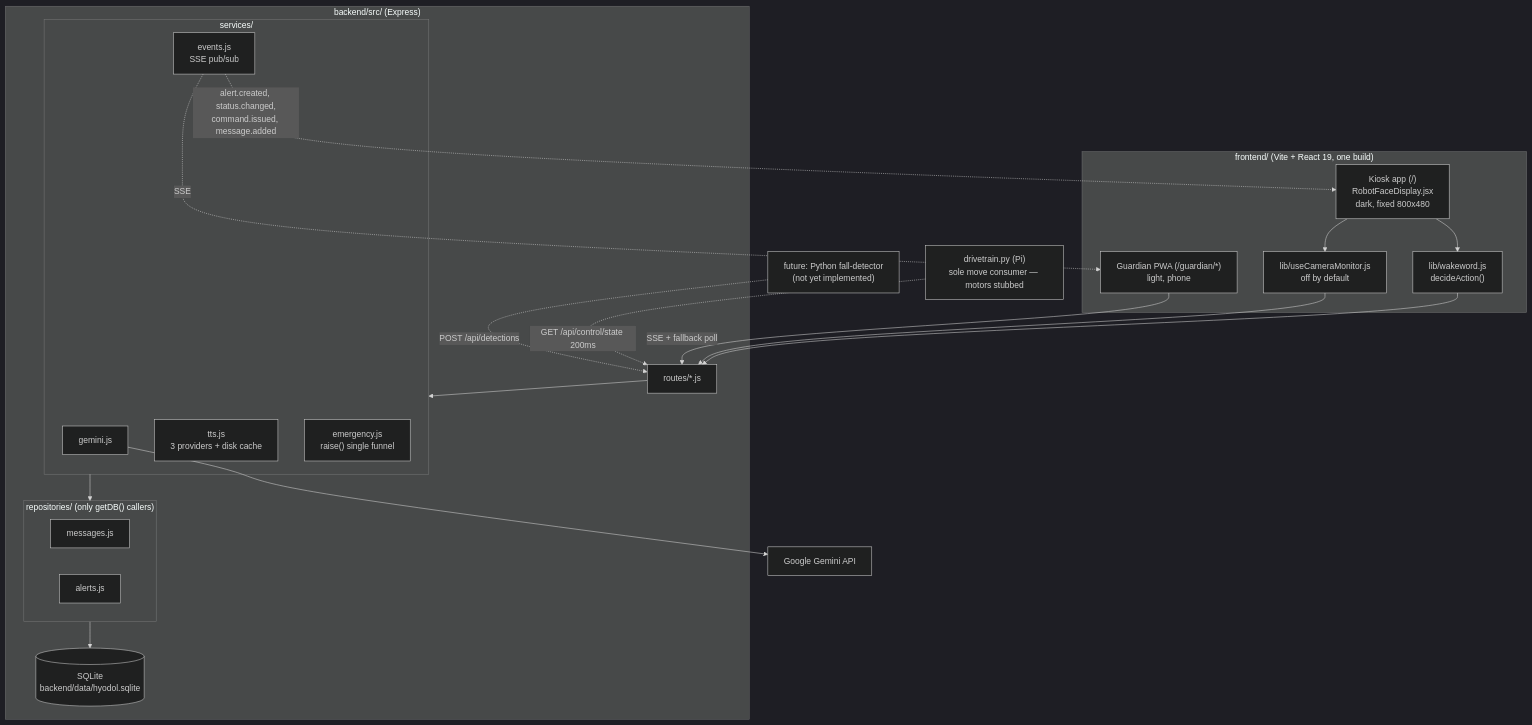
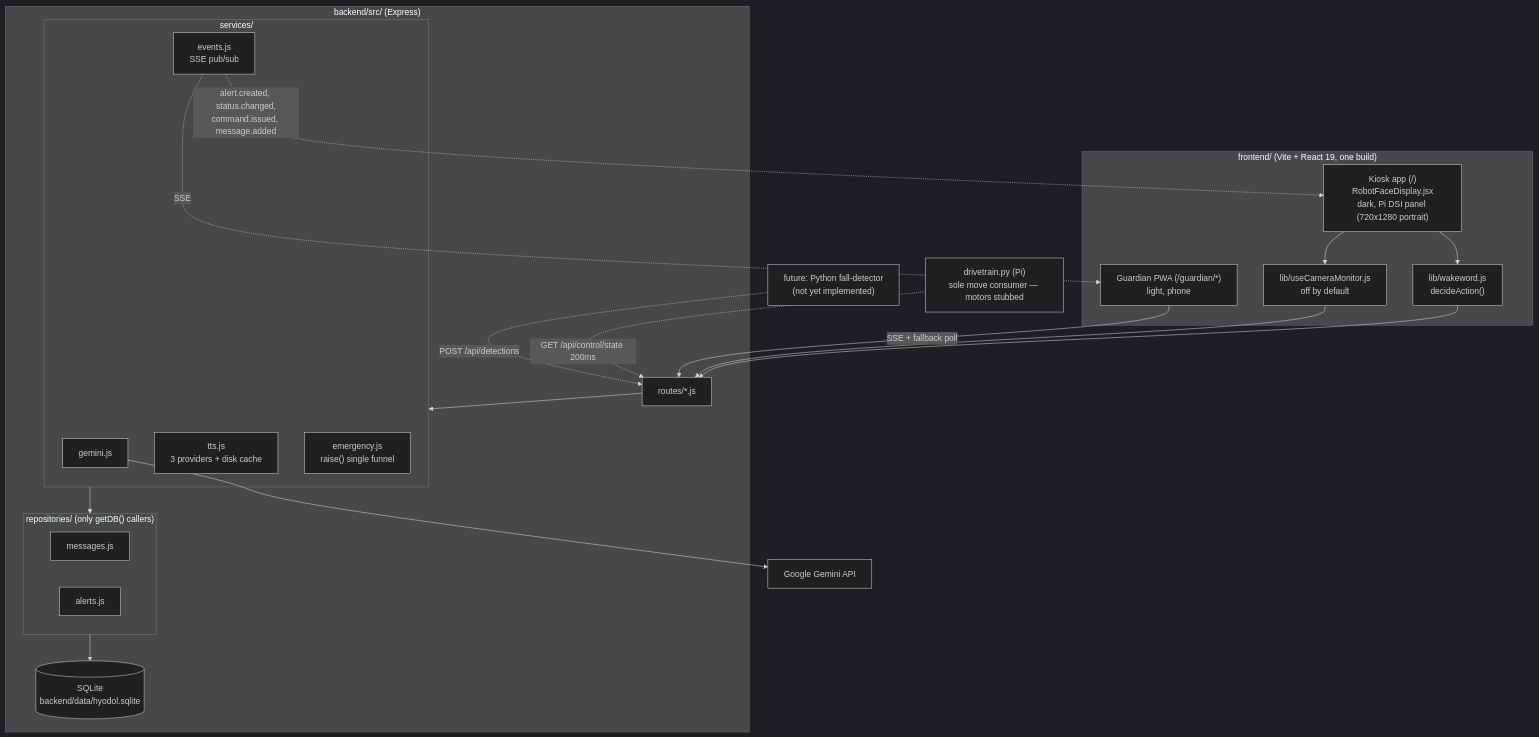
The first of 5 diagrams in docs/architecture.md (fredhj0912-hub/silver-care-robot), drawn with Mermaid (dark theme) before and after one commit. The commit also changed 13 other files, not shown here.

````diff
--- a/docs/architecture.md
+++ b/docs/architecture.md
@@ -9,36 +9,36 @@
 ```mermaid
 graph TB
     subgraph Frontend["frontend/ (Vite + React 19, one build)"]
-        Kiosk["Kiosk app (/)<br/>RobotFaceDisplay.jsx<br/>dark, fixed 800x480"]
+        Kiosk["Kiosk app (/)<br/>RobotFaceDisplay.jsx<br/>dark, Pi DSI panel (720x1280 portrait)"]
         Guardian["Guardian PWA (/guardian/*)<br/>light, phone"]
         WakeGate["lib/wakeword.js<br/>decideAction()"]
         Camera["lib/useCameraMonitor.js<br/>off by default"]
     end
     subgraph Backend["backend/src/ (Express)"]
         Routes["routes/*.js"]
         subgraph Services["services/"]
             Gemini["gemini.js"]
             TTS["tts.js<br/>3 providers + disk cache"]
             Emergency["emergency.js<br/>raise() single funnel"]
             Events["events.js<br/>SSE pub/sub"]
         end
         subgraph Repos["repositories/ (only getDB() callers)"]
             MsgRepo["messages.js"]
             AlertRepo["alerts.js"]
         end
         DB[("SQLite<br/>backend/data/hyodol.sqlite")]
     end
     ExtGemini["Google Gemini API"]
     ExtDetector["future: Python fall-detector<br/>(not yet implemented)"]
     Drivetrain["drivetrain.py (Pi)<br/>sole move consumer — motors stubbed"]
 
     Kiosk --> WakeGate --> Routes
     Kiosk --> Camera --> Routes
     Guardian -->|SSE + fallback poll| Routes
     Routes --> Services --> Repos --> DB
     Gemini --> ExtGemini
     ExtDetector -.->|POST /api/detections| Routes
     Drivetrain -.->|GET /api/control/state 200ms| Routes
     Events -.->|"alert.created, status.changed,<br/>command.issued, message.added"| Kiosk
     Events -.->|SSE| Guardian
 ```
````
